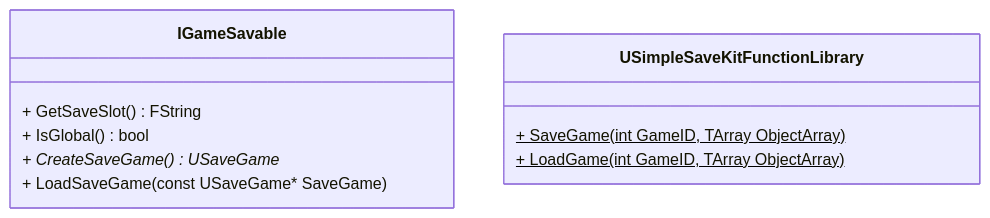
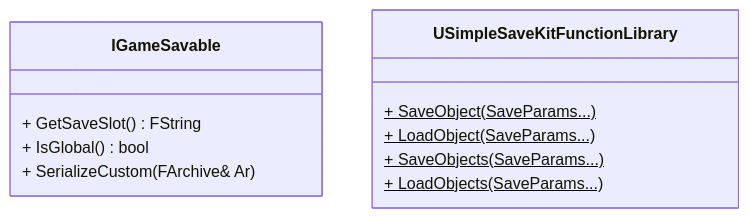
The second of 5 diagrams in _posts/UnrealProject/2025-06-28-SaveGame.md (antae714/antae714.github.io), drawn with Mermaid before and after one commit. The commit also changed other lines of this file and 1 other file, not shown here.

````diff
--- a/_posts/UnrealProject/2025-06-28-SaveGame.md
+++ b/_posts/UnrealProject/2025-06-28-SaveGame.md
@@ -31,13 +110,14 @@
 ``` mermaid
 classDiagram
     class IGameSavable{
         + GetSaveSlot() FString
         + IsGlobal() bool
-        + CreateSaveGame() USaveGame*
-        + LoadSaveGame(const USaveGame* SaveGame)
+        + SerializeCustom(FArchive& Ar)
     }
     class USimpleSaveKitFunctionLibrary{
-		    + SaveGame(int GameID, TArray<UObject*> ObjectArray)$
-		    + LoadGame(int GameID, TArray<UObject*> ObjectArray)$
+		    + SaveObject(SaveParams...)$
+		    + LoadObject(SaveParams...)$
+		    + SaveObjects(SaveParams...)$
+		    + LoadObjects(SaveParams...)$
     }
 ```
````
